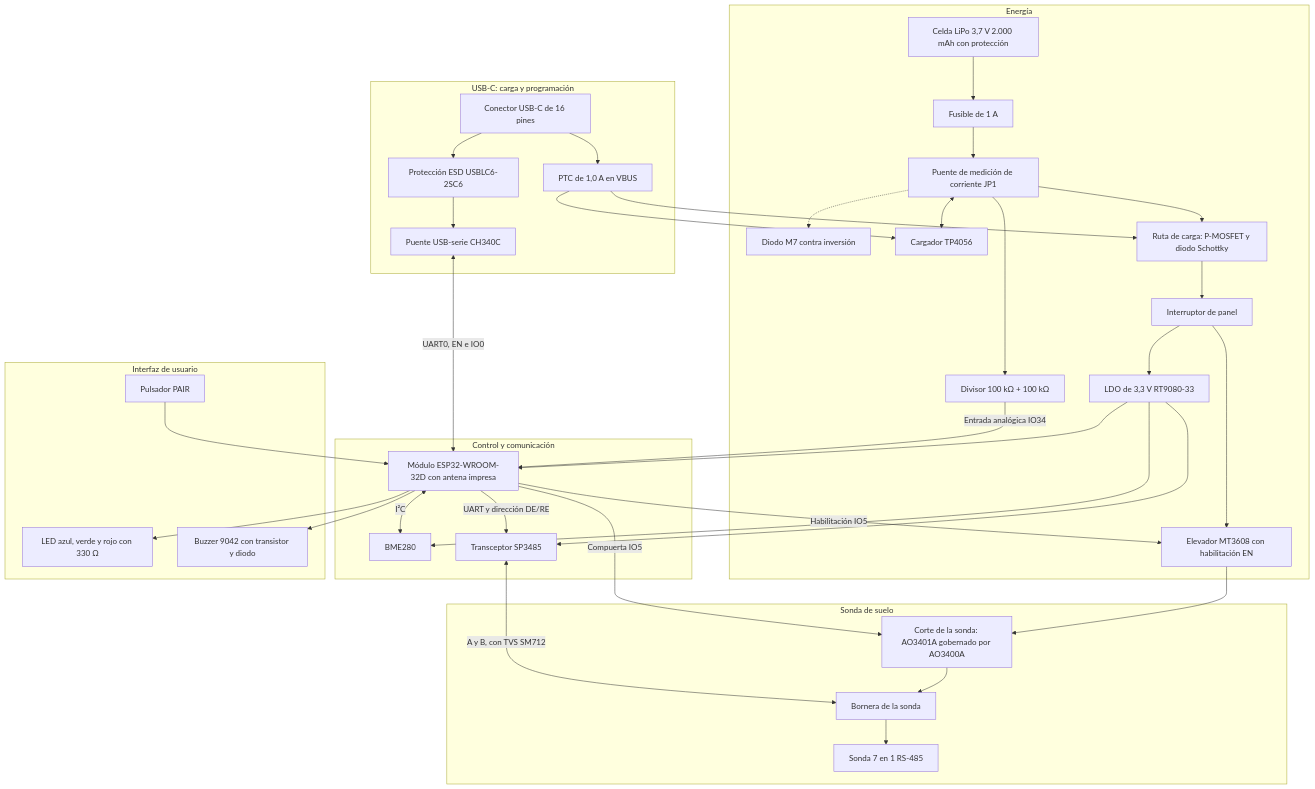
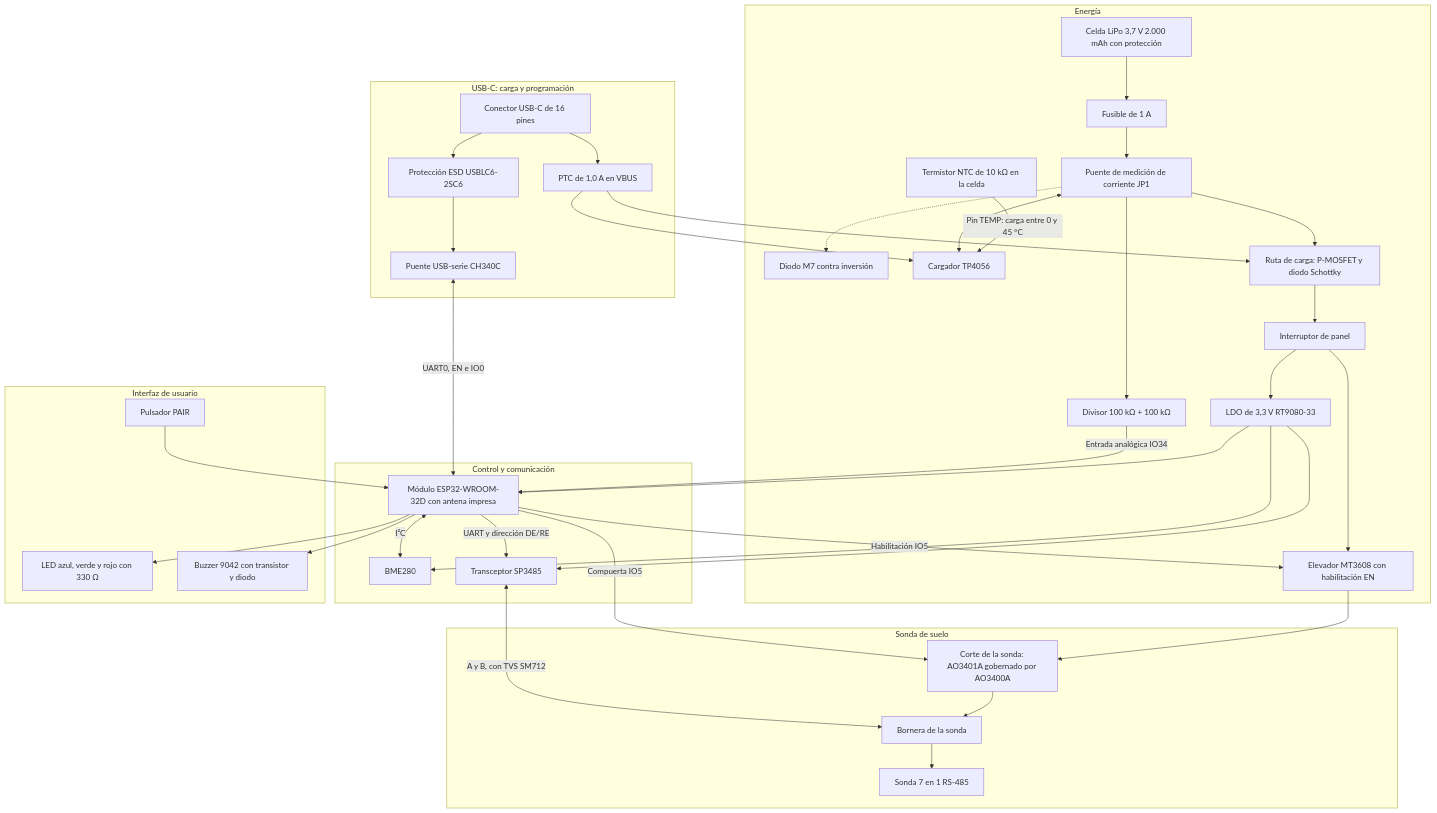
Before and after one commit to Alvarinhoooo7/TerraSence: the third of 8 diagrams in Evaluacion/Evaluacion 2/INFORME CORREGIDO.md, drawn with Mermaid. The commit also changed other lines of this file and 23 other files, not shown here.

````diff
--- a/Evaluacion/Evaluacion 2/INFORME CORREGIDO.md
+++ b/Evaluacion/Evaluacion 2/INFORME CORREGIDO.md
@@ -748,43 +748,44 @@
 ```mermaid
 flowchart TB
     subgraph USBB["USB-C: carga y programación"]
         J1["Conector USB-C de 16 pines"] --> ESD["Protección ESD USBLC6-2SC6"]
         J1 --> PTC["PTC de 1,0 A en VBUS"]
         ESD --> CH["Puente USB-serie CH340C"]
     end
     subgraph ENE["Energía"]
         CEL["Celda LiPo 3,7 V 2.000 mAh con protección"] --> F1["Fusible de 1 A"]
         F1 --> JP1["Puente de medición de corriente JP1"]
         JP1 -.-> D1["Diodo M7 contra inversión"]
         PTC --> TP["Cargador TP4056"]
+        NTC["Termistor NTC de 10 kΩ en la celda"] -->|"Pin TEMP: carga entre 0 y 45 °C"| TP
         JP1 <--> TP
         JP1 --> DIV["Divisor 100 kΩ + 100 kΩ"]
         JP1 --> RP["Ruta de carga: P-MOSFET y diodo Schottky"]
         PTC --> RP
         RP --> SW["Interruptor de panel"]
         SW --> LDO["LDO de 3,3 V RT9080-33"]
         SW --> ELE["Elevador MT3608 con habilitación EN"]
     end
     subgraph CTL["Control y comunicación"]
         LDO --> MCU["Módulo ESP32-WROOM-32D con antena impresa"]
         LDO --> BME["BME280"]
         LDO --> TRX["Transceptor SP3485"]
         CH <-->|"UART0, EN e IO0"| MCU
         MCU <-->|"I²C"| BME
         MCU -->|"UART y dirección DE/RE"| TRX
         DIV -->|"Entrada analógica IO34"| MCU
     end
     subgraph SON["Sonda de suelo"]
         MCU -->|"Habilitación IO5"| ELE
         ELE --> COR["Corte de la sonda: AO3401A gobernado por AO3400A"]
         MCU -->|"Compuerta IO5"| COR
         COR --> BOR["Bornera de la sonda"]
         TRX <-->|"A y B, con TVS SM712"| BOR
         BOR --> SOND["Sonda 7 en 1 RS-485"]
     end
     subgraph INT["Interfaz de usuario"]
         MCU --> LED["LED azul, verde y rojo con 330 Ω"]
         MCU --> BZ["Buzzer 9042 con transistor y diodo"]
         PAIR["Pulsador PAIR"] --> MCU
     end
 ```
````
